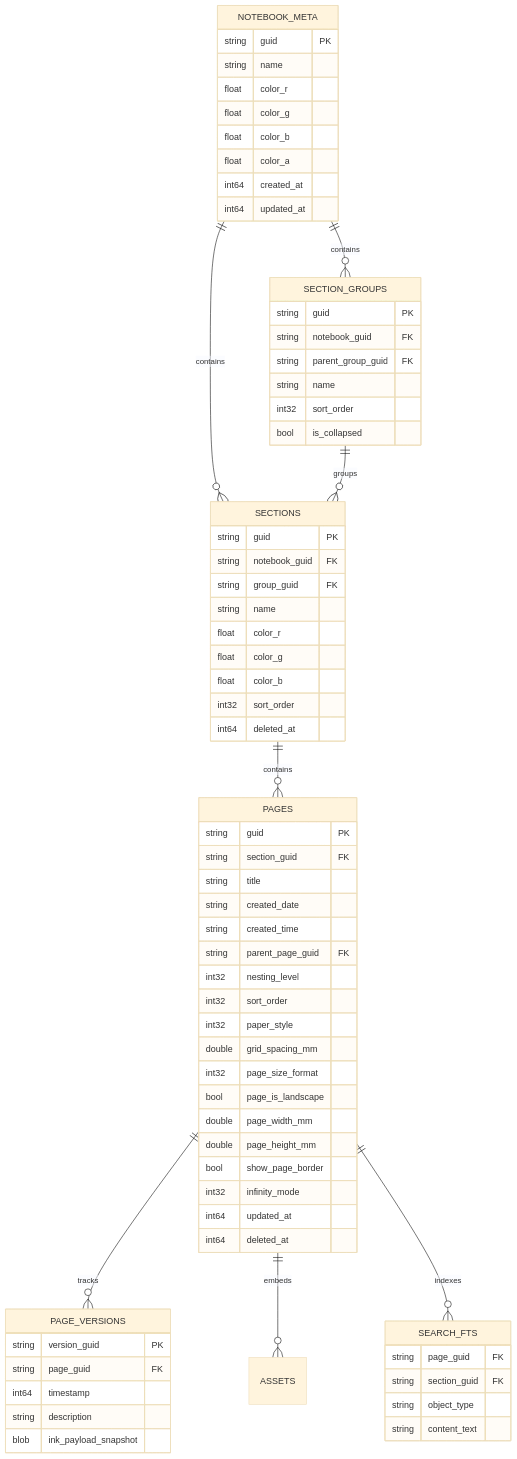
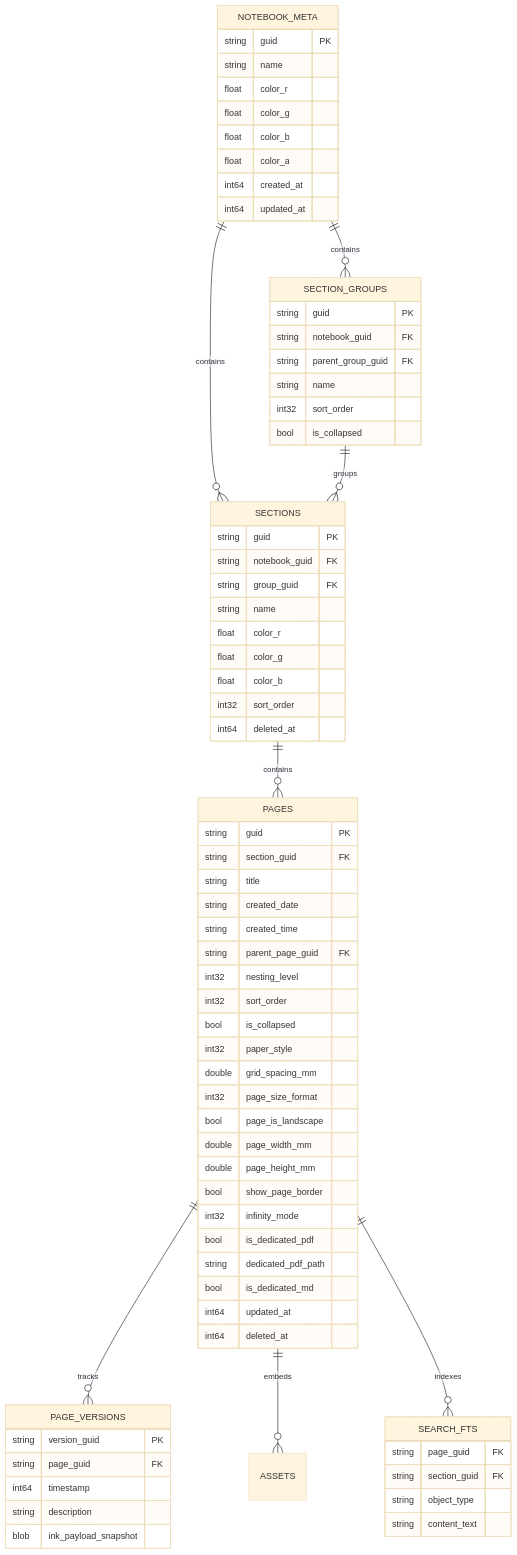
The eighth of 10 diagrams in src/WORKFLOW.md (3dWonderGuy/FolioNote), drawn with Mermaid (base theme) before and after one commit. The commit also changed other lines of this file and 2243 other files, not shown here.

````diff
--- a/src/WORKFLOW.md
+++ b/src/WORKFLOW.md
@@ -567,78 +660,82 @@
 ```mermaid
 erDiagram
     NOTEBOOK_META ||--o{ SECTION_GROUPS : contains
     NOTEBOOK_META ||--o{ SECTIONS : contains
     SECTION_GROUPS ||--o{ SECTIONS : groups
     SECTIONS ||--o{ PAGES : contains
     PAGES ||--o{ PAGE_VERSIONS : tracks
     PAGES ||--o{ ASSETS : embeds
     PAGES ||--o{ SEARCH_FTS : indexes
 
     NOTEBOOK_META {
         string guid PK
         string name
         float color_r
         float color_g
         float color_b
         float color_a
         int64 created_at
         int64 updated_at
     }
 
     SECTION_GROUPS {
         string guid PK
         string notebook_guid FK
         string parent_group_guid FK
         string name
         int32 sort_order
         bool is_collapsed
     }
 
     SECTIONS {
         string guid PK
         string notebook_guid FK
         string group_guid FK
         string name
         float color_r
         float color_g
         float color_b
         int32 sort_order
         int64 deleted_at
     }
 
     PAGES {
         string guid PK
         string section_guid FK
         string title
         string created_date
         string created_time
         string parent_page_guid FK
         int32 nesting_level
         int32 sort_order
+        bool is_collapsed
         int32 paper_style
         double grid_spacing_mm
         int32 page_size_format
         bool page_is_landscape
         double page_width_mm
         double page_height_mm
         bool show_page_border
         int32 infinity_mode
+        bool is_dedicated_pdf
+        string dedicated_pdf_path
+        bool is_dedicated_md
         int64 updated_at
         int64 deleted_at
     }
 
     PAGE_VERSIONS {
         string version_guid PK
         string page_guid FK
         int64 timestamp
         string description
         blob ink_payload_snapshot
     }
 
     SEARCH_FTS {
         string page_guid FK
         string section_guid FK
         string object_type
         string content_text
     }
 ```
````
